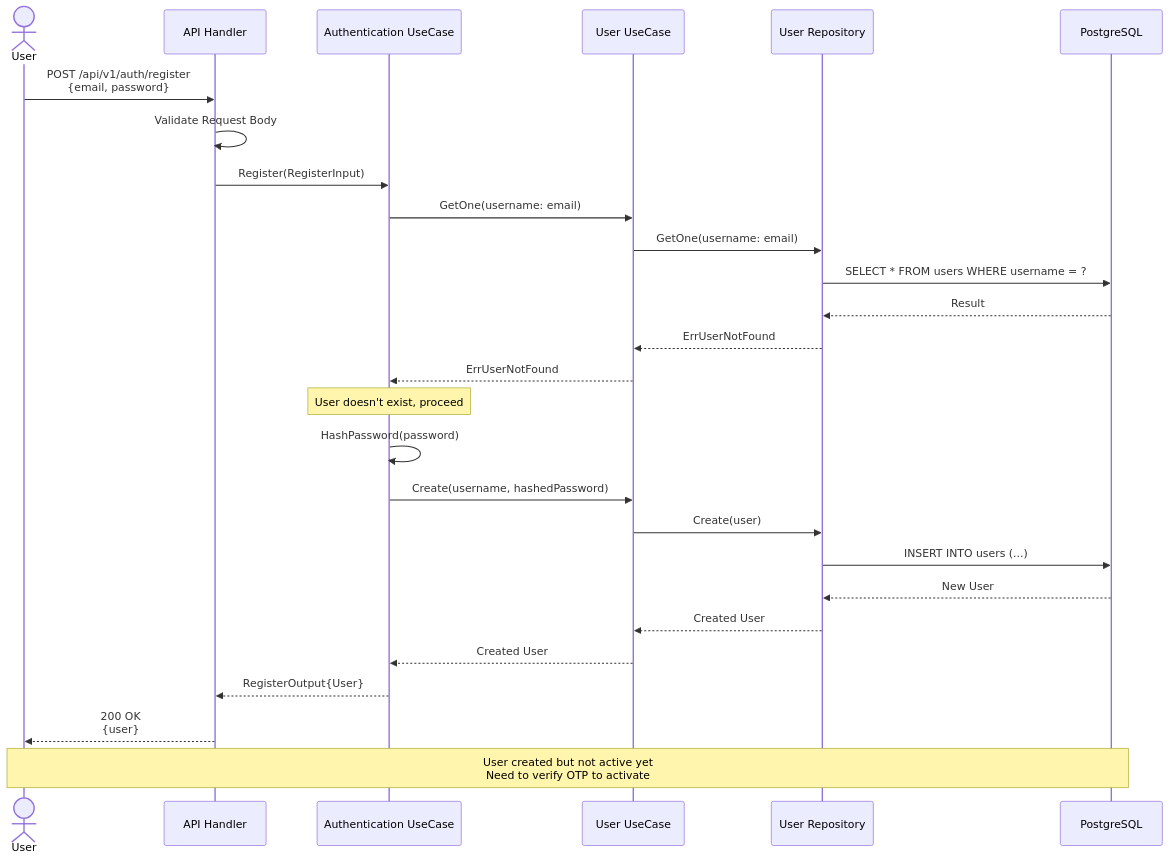
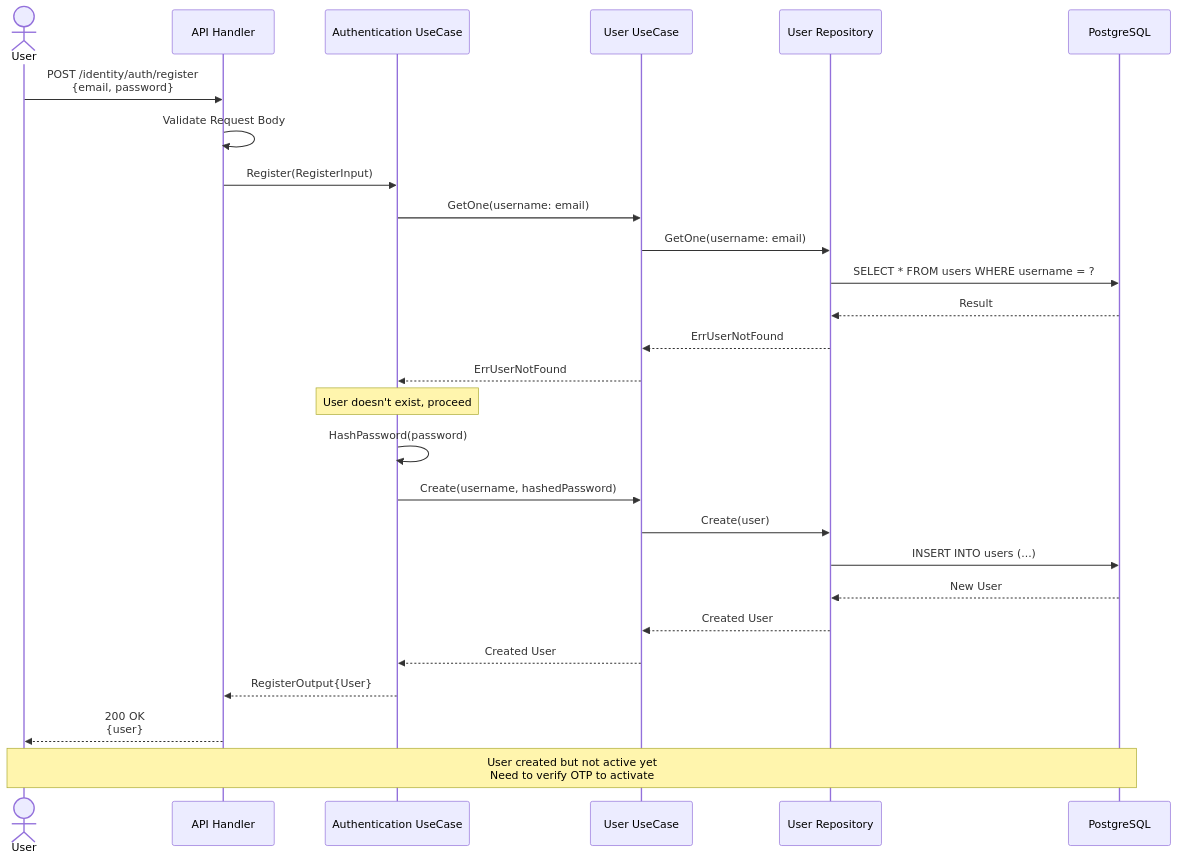
One commit to smap-hcmut/identity-srv changed the first of 12 diagrams in identity/document/api_01_sequence_diagrams.md. Above: the diagram before and after it, drawn with Mermaid. The commit also changed other lines of this file and 37 other files, not shown here.

Commit message:
feat(identity): refactor API endpoints to use /identity base path; update documentation and handlers for authentication, plans, and subscriptions; implement role-based access control with user roles and password management features

````diff
--- a/identity/document/api_01_sequence_diagrams.md
+++ b/identity/document/api_01_sequence_diagrams.md
@@ -28,35 +28,35 @@
 ```mermaid
 sequenceDiagram
     actor User
     participant API as API Handler
     participant AuthUC as Authentication UseCase
     participant UserUC as User UseCase
     participant UserRepo as User Repository
     participant DB as PostgreSQL
 
-    User->>API: POST /api/v1/auth/register<br/>{email, password}
+    User->>API: POST /identity/auth/register<br/>{email, password}
     API->>API: Validate Request Body
     API->>AuthUC: Register(RegisterInput)
     
     AuthUC->>UserUC: GetOne(username: email)
     UserUC->>UserRepo: GetOne(username: email)
     UserRepo->>DB: SELECT * FROM users WHERE username = ?
     DB-->>UserRepo: Result
     UserRepo-->>UserUC: ErrUserNotFound
     UserUC-->>AuthUC: ErrUserNotFound
     
     Note over AuthUC: User doesn't exist, proceed
     
     AuthUC->>AuthUC: HashPassword(password)
     AuthUC->>UserUC: Create(username, hashedPassword)
     UserUC->>UserRepo: Create(user)
     UserRepo->>DB: INSERT INTO users (...)
     DB-->>UserRepo: New User
     UserRepo-->>UserUC: Created User
     UserUC-->>AuthUC: Created User
     
     AuthUC-->>API: RegisterOutput{User}
     API-->>User: 200 OK<br/>{user}
     
     Note over User,DB: User created but not active yet<br/>Need to verify OTP to activate
 ```
````
